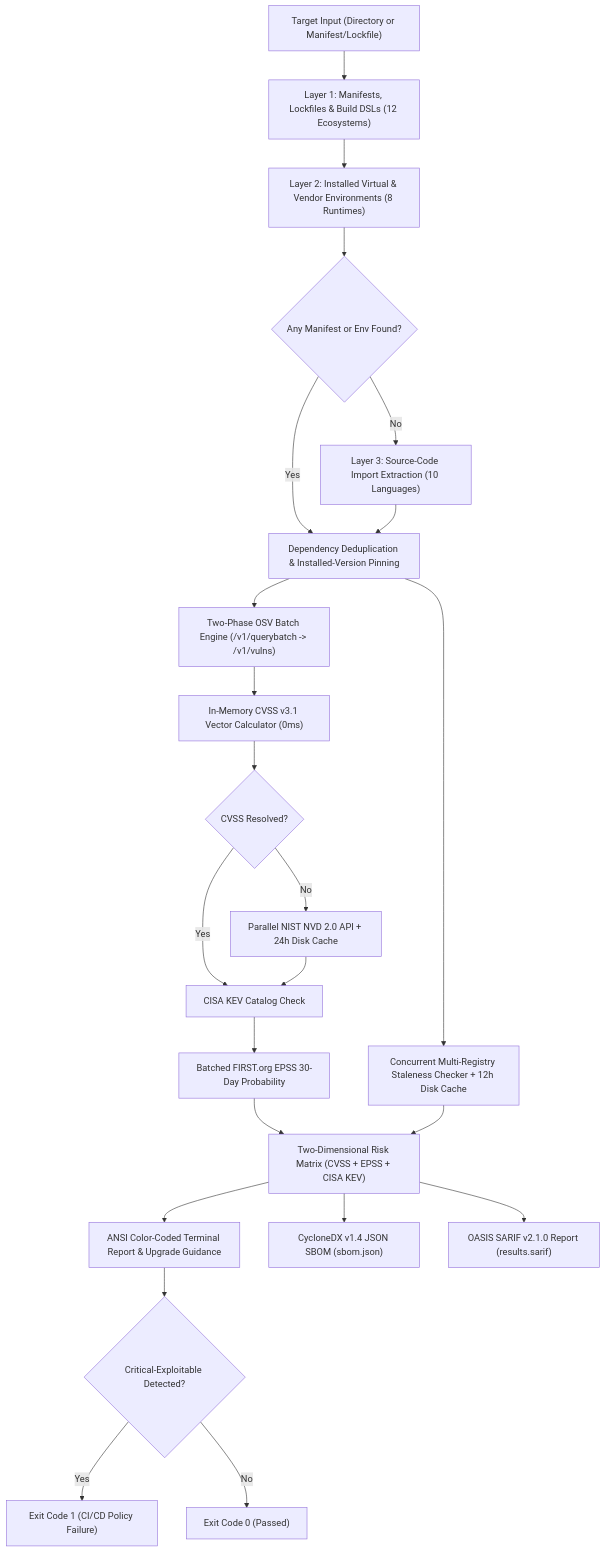
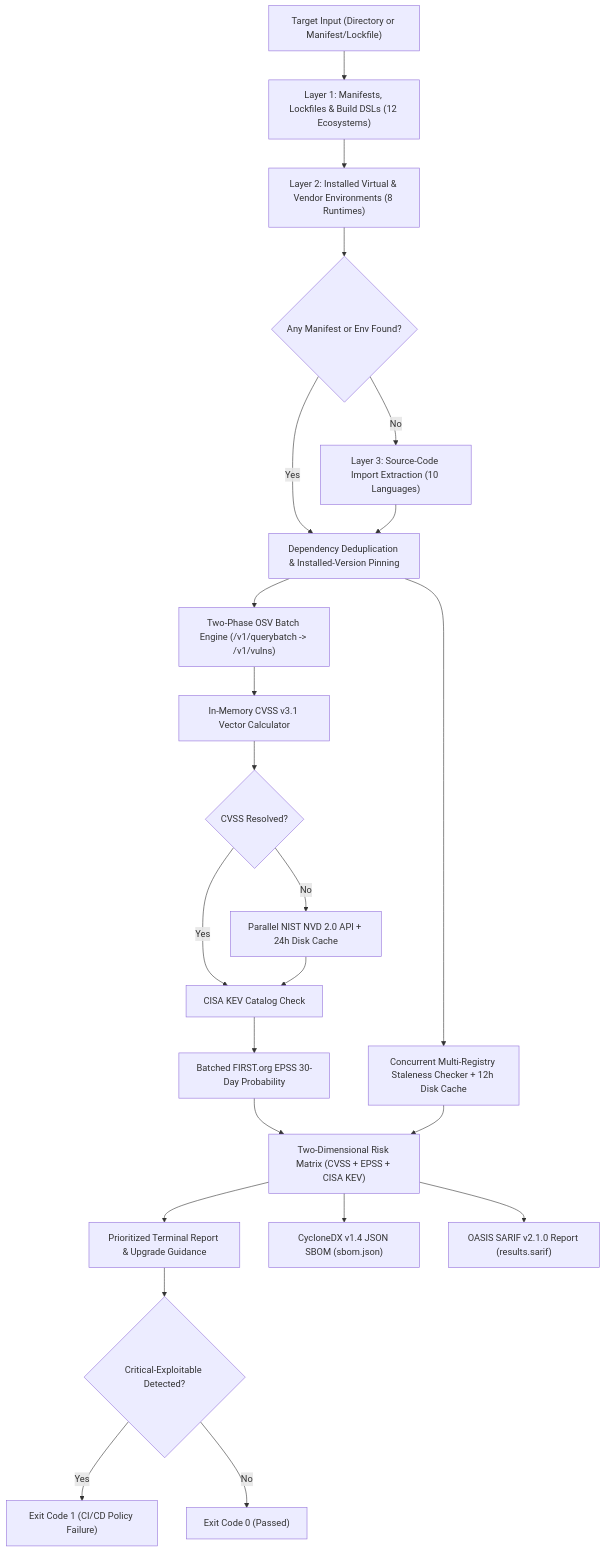
Before and after one commit to nyumuharon/dependency-tracker: the diagram in README.md, drawn with Mermaid. The commit also changed other lines of this file and 19 other files, not shown here.

````diff
--- a/README.md
+++ b/README.md
@@ -63,28 +63,28 @@
 ```mermaid
 flowchart TD
     Target["Target Input (Directory or Manifest/Lockfile)"] --> L1["Layer 1: Manifests, Lockfiles & Build DSLs (12 Ecosystems)"]
     L1 --> L2["Layer 2: Installed Virtual & Vendor Environments (8 Runtimes)"]
     L2 --> L3{"Any Manifest or Env Found?"}
     L3 -->|No| Fallback["Layer 3: Source-Code Import Extraction (10 Languages)"]
     L3 -->|Yes| Dedupe["Dependency Deduplication & Installed-Version Pinning"]
     Fallback --> Dedupe
 
     Dedupe --> OSVBatch["Two-Phase OSV Batch Engine (/v1/querybatch -> /v1/vulns)"]
     Dedupe --> Stale["Concurrent Multi-Registry Staleness Checker + 12h Disk Cache"]
 
-    OSVBatch --> LocalCVSS["In-Memory CVSS v3.1 Vector Calculator (0ms)"]
+    OSVBatch --> LocalCVSS["In-Memory CVSS v3.1 Vector Calculator"]
     LocalCVSS --> NVDCheck{"CVSS Resolved?"}
     NVDCheck -->|No| NVDFallback["Parallel NIST NVD 2.0 API + 24h Disk Cache"]
     NVDCheck -->|Yes| KEVCheck["CISA KEV Catalog Check"]
     NVDFallback --> KEVCheck
     KEVCheck --> EPSS["Batched FIRST.org EPSS 30-Day Probability"]
 
     EPSS & Stale --> Scoring["Two-Dimensional Risk Matrix (CVSS + EPSS + CISA KEV)"]
-    Scoring --> Report["ANSI Color-Coded Terminal Report & Upgrade Guidance"]
+    Scoring --> Report["Prioritized Terminal Report & Upgrade Guidance"]
     Scoring --> SBOM["CycloneDX v1.4 JSON SBOM (sbom.json)"]
     Scoring --> SARIF["OASIS SARIF v2.1.0 Report (results.sarif)"]
 
     Report --> Gate{"Critical-Exploitable Detected?"}
     Gate -->|Yes| ExitFail["Exit Code 1 (CI/CD Policy Failure)"]
     Gate -->|No| ExitPass["Exit Code 0 (Passed)"]
 ```
````
